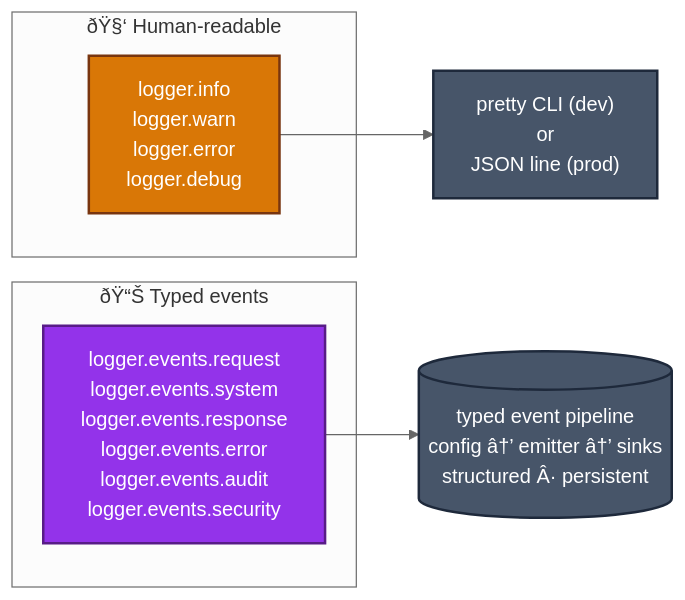
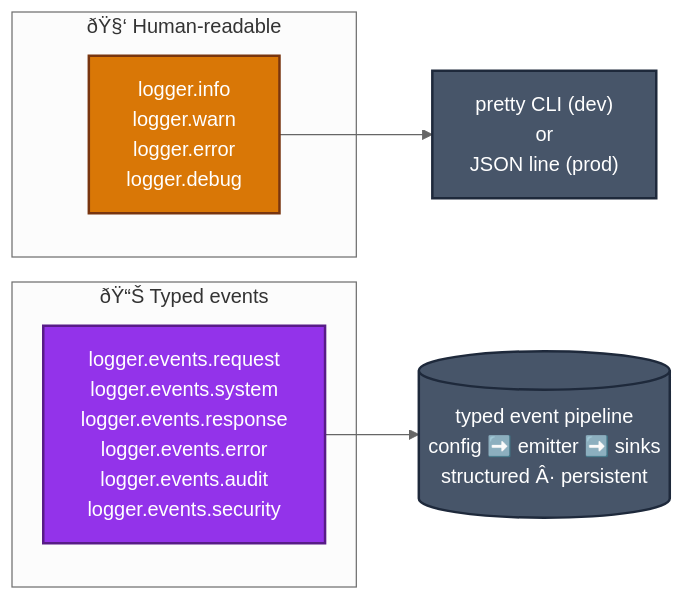
Before and after one commit to euFerro/superman: the third of 4 diagrams in docs/architecture.md, drawn with Mermaid (neutral theme). The commit also changed other lines of this file and 13 other files, not shown here.

````diff
--- a/docs/architecture.md
+++ b/docs/architecture.md
@@ -138,22 +138,22 @@
 ```mermaid
 flowchart LR
     subgraph Human["ðŸ§‘ Human-readable"]
         Info["logger.info<br/>logger.warn<br/>logger.error<br/>logger.debug"]
     end
     HumanOut["pretty CLI (dev)<br/>or<br/>JSON line (prod)"]
     Info --> HumanOut
 
     subgraph Typed["ðŸ“Š Typed events"]
         Events["logger.events.request<br/>logger.events.system<br/>logger.events.response<br/>logger.events.error<br/>logger.events.audit<br/>logger.events.security"]
     end
-    Pipeline[("typed event pipeline<br/>config â†’ emitter â†’ sinks<br/>structured Â· persistent")]
+    Pipeline[("typed event pipeline<br/>config ➡️ emitter ➡️ sinks<br/>structured Â· persistent")]
     Events --> Pipeline
 
     classDef human fill:#d97706,stroke:#78350f,stroke-width:2px,color:#ffffff
     classDef typed fill:#9333ea,stroke:#581c87,stroke-width:2px,color:#ffffff
     classDef out fill:#475569,stroke:#1e293b,stroke-width:2px,color:#ffffff
 
     class Info human
     class Events typed
     class HumanOut,Pipeline out
 ```
````
